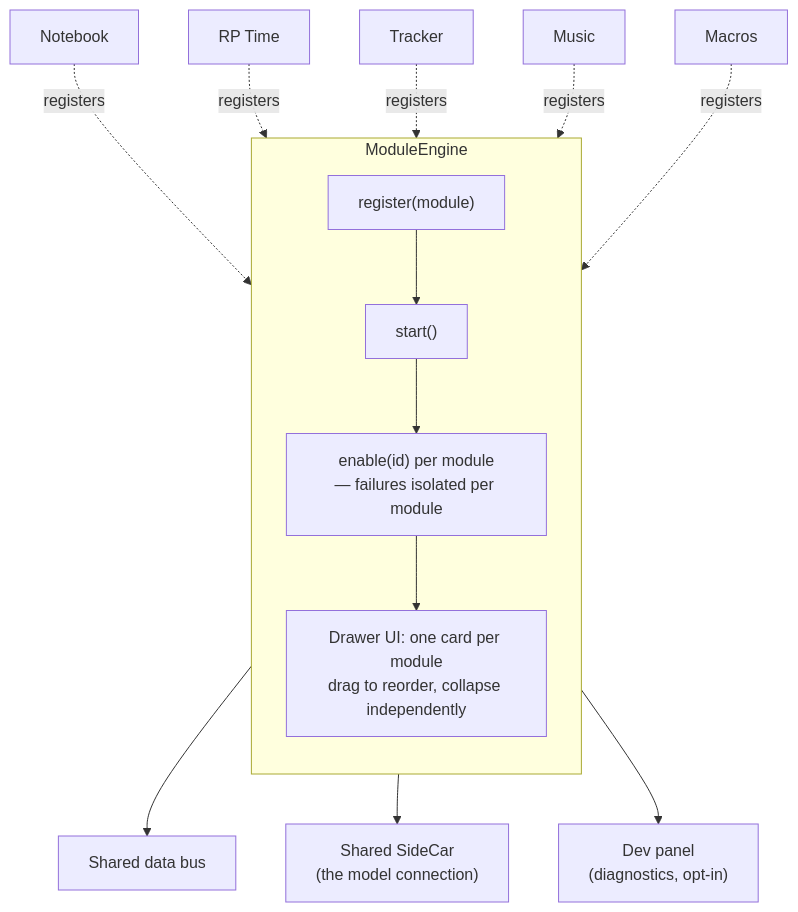
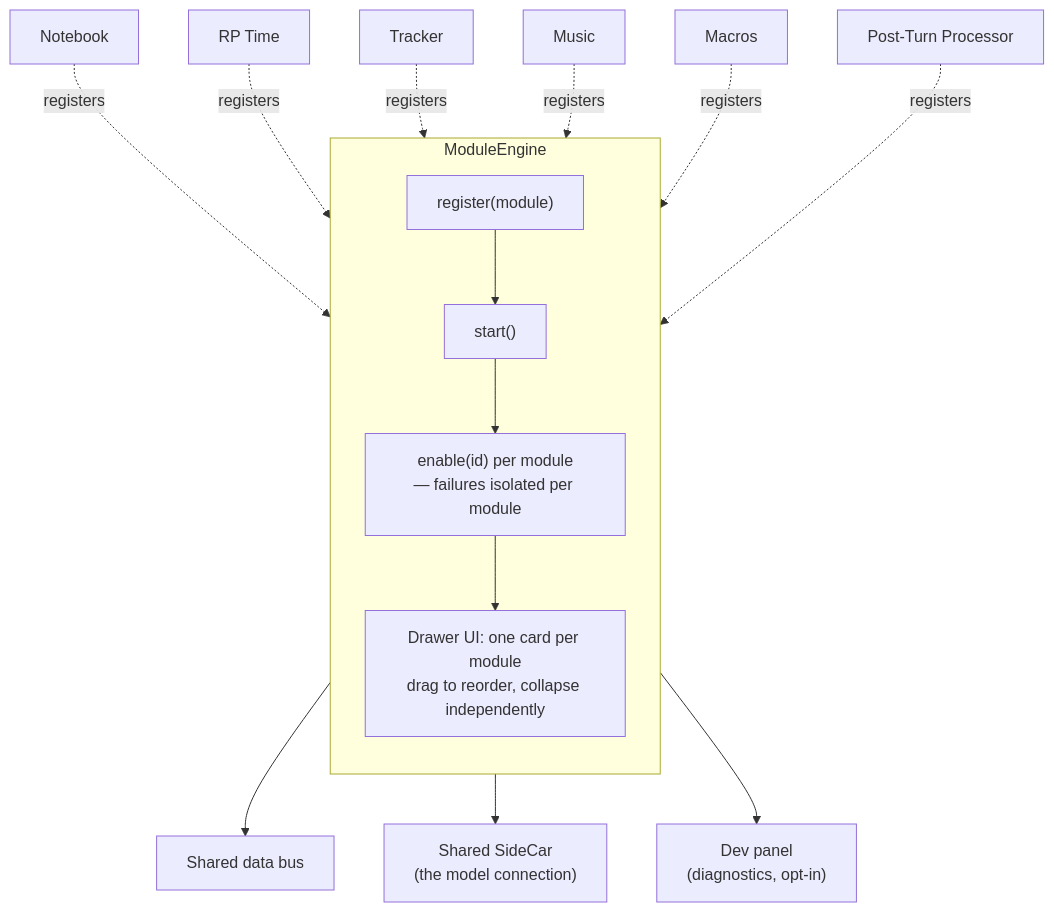
One commit to IAmiGOI/ST changed the second of 4 diagrams in README.md. Above: the diagram before and after it, drawn with Mermaid. The commit also changed other lines of this file and 3 other files, not shown here.

````diff
--- a/README.md
+++ b/README.md
@@ -130,17 +131,18 @@
 ```mermaid
 flowchart TB
     subgraph Engine["ModuleEngine"]
         direction TB
         R["register(module)"] --> S["start()"]
         S --> EN["enable(id) per module\n— failures isolated per module"]
         EN --> UI["Drawer UI: one card per module\ndrag to reorder, collapse independently"]
     end
     Notebook -.registers.-> Engine
     RPTime["RP Time"] -.registers.-> Engine
     Tracker -.registers.-> Engine
     Music -.registers.-> Engine
     Macros -.registers.-> Engine
+    PostTurn["Post-Turn Processor"] -.registers.-> Engine
     Engine --> Bus["Shared data bus"]
     Engine --> SideCar["Shared SideCar\n(the model connection)"]
     Engine --> DevPanel["Dev panel\n(diagnostics, opt-in)"]
 ```
````
